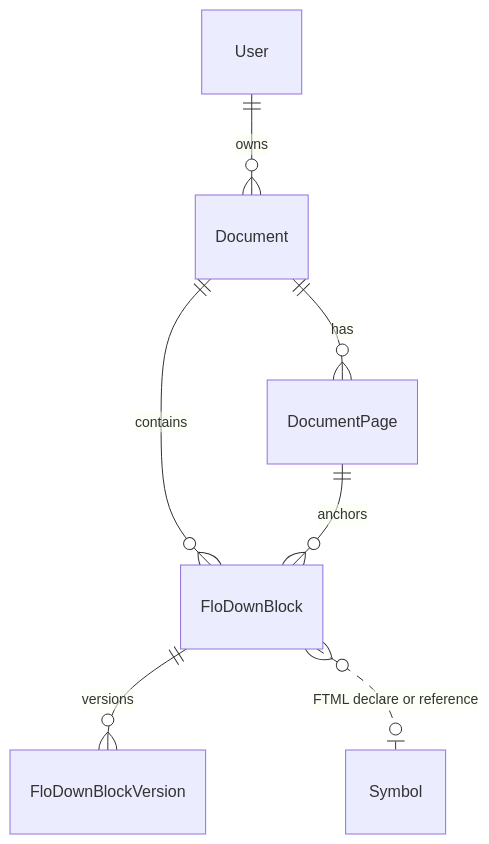
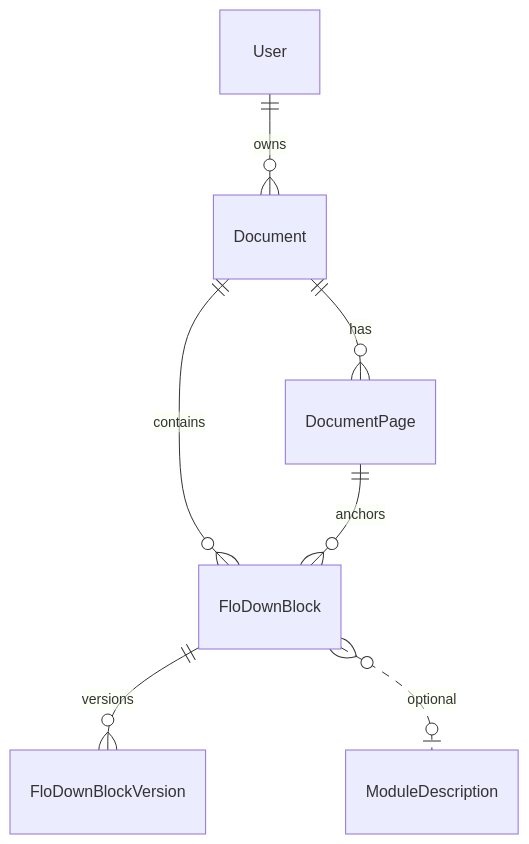
Before and after one commit to KWARC/GloX: the diagram in specs/engineering/features/flodown-blocks/lifecycle.md, drawn with Mermaid. The commit also changed other lines of this file and 70 other files, not shown here.

First line of the commit message:
Persist FloDown-returned symbol URIs on declaring blocks.

````diff
--- a/specs/engineering/features/flodown-blocks/lifecycle.md
+++ b/specs/engineering/features/flodown-blocks/lifecycle.md
@@ -47,9 +48,9 @@
 ```mermaid
 erDiagram
   User ||--o{ Document : owns
   Document ||--o{ DocumentPage : has
   Document ||--o{ FloDownBlock : contains
   DocumentPage ||--o{ FloDownBlock : anchors
   FloDownBlock ||--o{ FloDownBlockVersion : versions
-  FloDownBlock }o..o| Symbol : "FTML declare or reference"
+  FloDownBlock }o..o| ModuleDescription : optional
 ```
````
